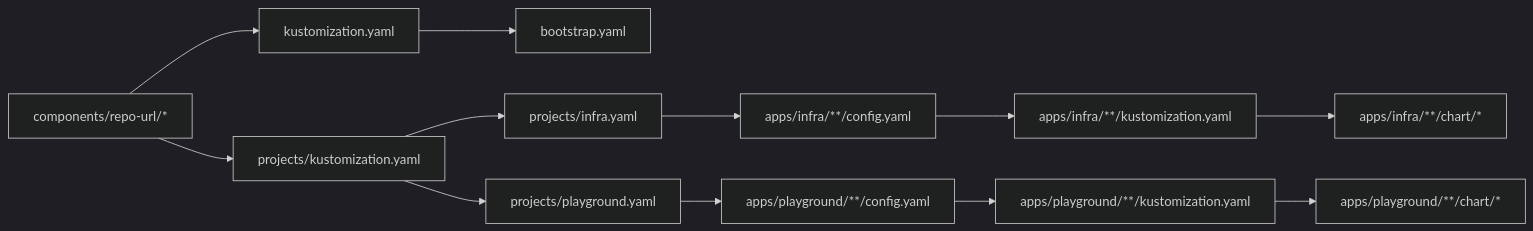
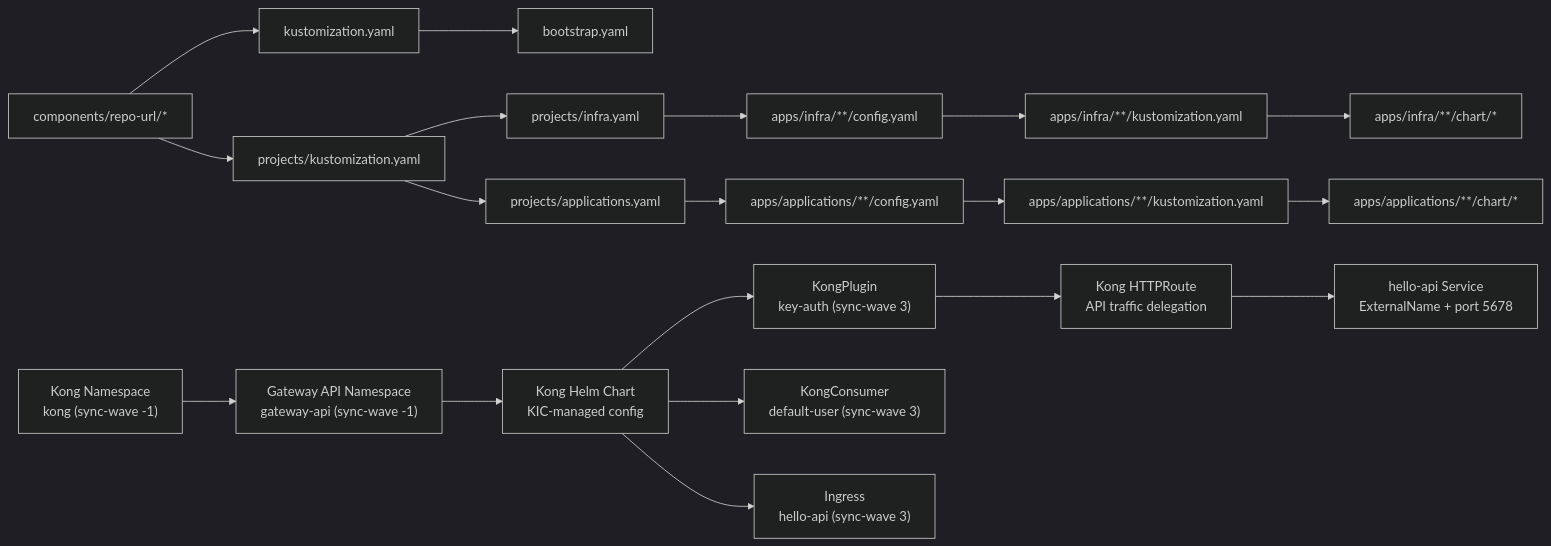
Before and after one commit to Hoangvu75/k8s_manifest: the third of 3 diagrams in .qoder/repowiki/en/content/Application Configuration/Application Configuration.md, drawn with Mermaid (dark theme). The commit also changed other lines of this file and 4 other files, not shown here.

````diff
--- a/.qoder/repowiki/en/content/Application Configuration/Application Configuration.md
+++ b/.qoder/repowiki/en/content/Application Configuration/Application Configuration.md
@@ -267,14 +408,21 @@
 ```mermaid
 graph LR
 RepoURL["components/repo-url/*"] --> RootKust["kustomization.yaml"]
 RepoURL --> ProjKust["projects/kustomization.yaml"]
 RootKust --> Bootstrap["bootstrap.yaml"]
 ProjKust --> InfraApps["projects/infra.yaml"]
-ProjKust --> PlayApps["projects/playground.yaml"]
+ProjKust --> AppApps["projects/applications.yaml"]
 InfraApps --> InfraCfg["apps/infra/**/config.yaml"]
-PlayApps --> PlayCfg["apps/playground/**/config.yaml"]
+AppApps --> AppCfg["apps/applications/**/config.yaml"]
 InfraCfg --> InfraKust["apps/infra/**/kustomization.yaml"]
-PlayCfg --> PlayKust["apps/playground/**/kustomization.yaml"]
+AppCfg --> AppKust["apps/applications/**/kustomization.yaml"]
 InfraKust --> InfraChart["apps/infra/**/chart/*"]
-PlayKust --> PlayChart["apps/playground/**/chart/*"]
+AppKust --> AppChart["apps/applications/**/chart/*"]
+KongNS["Kong Namespace<br/>kong (sync-wave -1)"] --> GatewayNS["Gateway API Namespace<br/>gateway-api (sync-wave -1)"]
+GatewayNS --> KongChart["Kong Helm Chart<br/>KIC-managed config"]
+KongChart --> KongPlugin["KongPlugin<br/>key-auth (sync-wave 3)"]
+KongChart --> KongConsumer["KongConsumer<br/>default-user (sync-wave 3)"]
+KongChart --> IngressRes["Ingress<br/>hello-api (sync-wave 3)"]
+KongPlugin --> KongHTTPRoute["Kong HTTPRoute<br/>API traffic delegation"]
+KongHTTPRoute --> HelloAPI["hello-api Service<br/>ExternalName + port 5678"]
 ```
````
